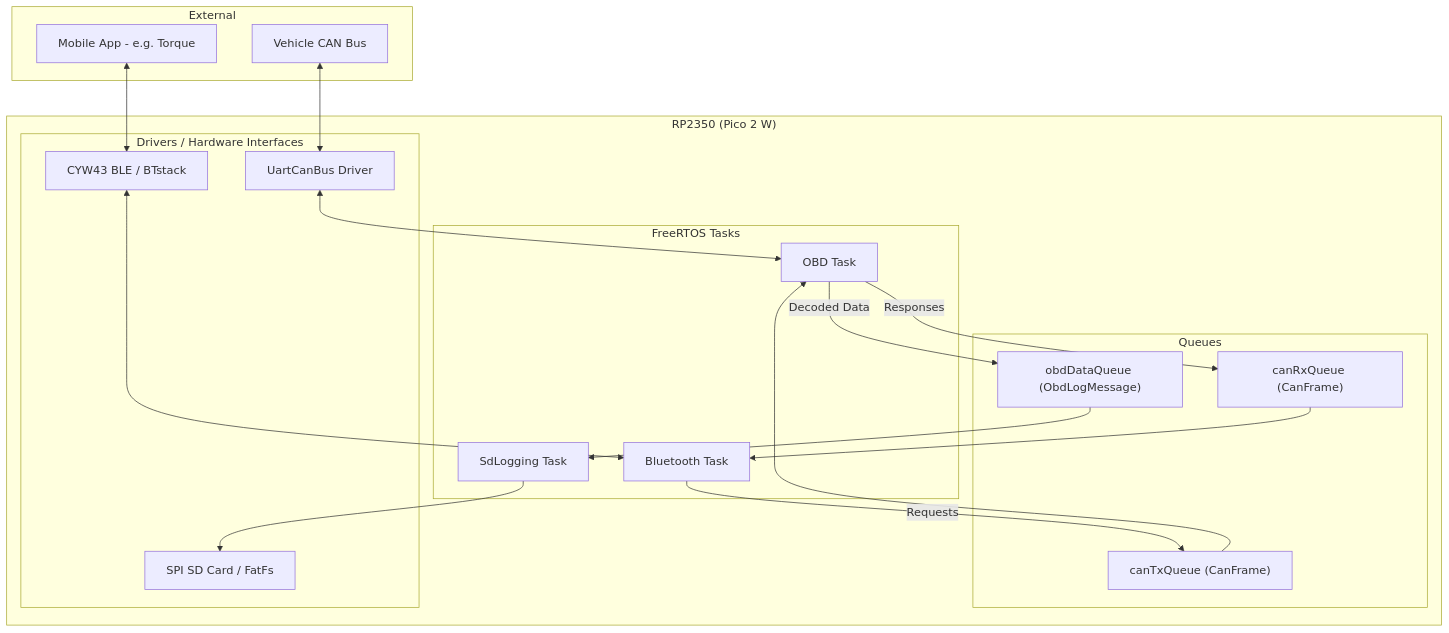
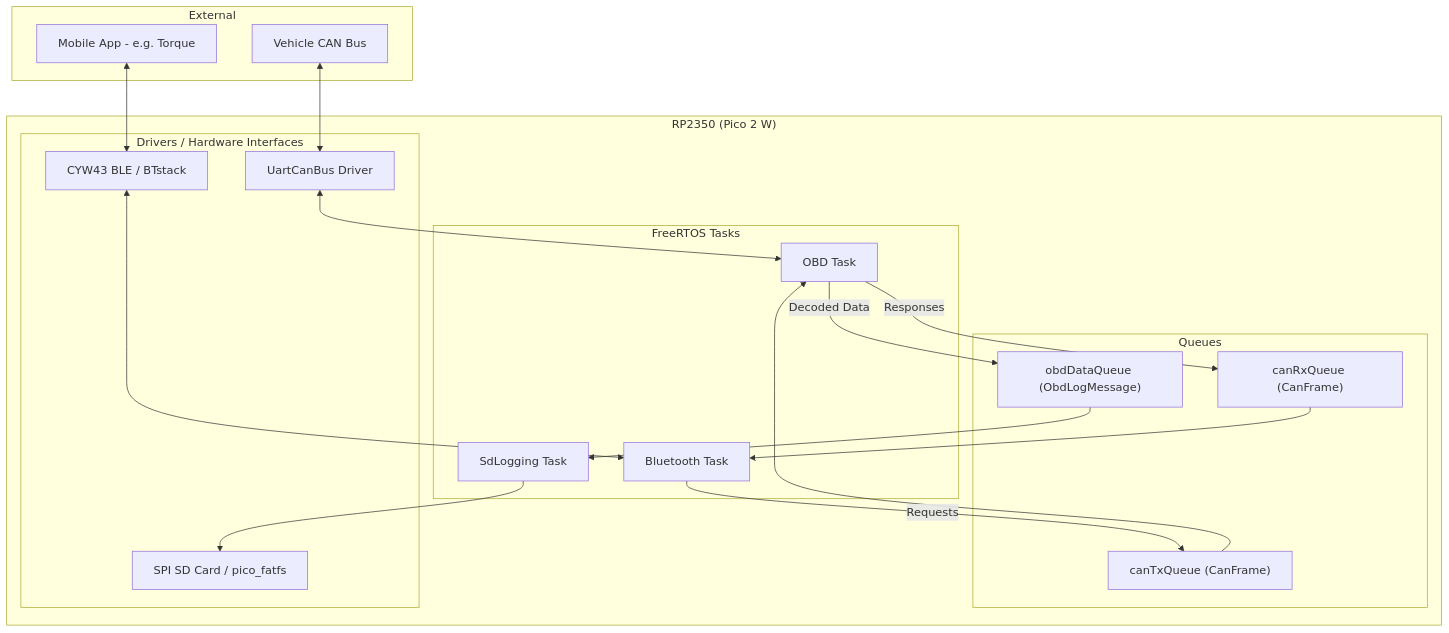
Before and after one commit to telemc97/obdvg: the diagram in README.md, drawn with Mermaid. The commit also changed other lines of this file and 11 other files, not shown here.

````diff
--- a/README.md
+++ b/README.md
@@ -28,47 +53,47 @@
 ```mermaid
 graph TD
     subgraph "External"
         V[Vehicle CAN Bus]
         A[Mobile App - e.g. Torque]
     end
 
     subgraph "RP2350 (Pico 2 W)"
         subgraph "FreeRTOS Tasks"
             OT[OBD Task]
             BT[Bluetooth Task]
             ST[SdLogging Task]
         end
 
         subgraph "Queues"
             TXQ["canTxQueue (CanFrame)"]
             RXQ["canRxQueue (CanFrame)"]
             LDQ["obdDataQueue (ObdLogMessage)"]
         end
 
         subgraph "Drivers / Hardware Interfaces"
             UCB[UartCanBus Driver]
             BTH[CYW43 BLE / BTstack]
-            SDF[SPI SD Card / FatFs]
+            SDF[SPI SD Card / pico_fatfs]
         end
     end
 
     %% CAN Data Flow
     V <--> UCB
     UCB <--> OT
-
+    
     %% Bluetooth Flow
     A <--> BTH
     BTH <--> BT
-
+    
     %% Task Communication via Queues
     BT -- "Requests" --> TXQ
     TXQ --> OT
-
+    
     OT -- "Responses" --> RXQ
     RXQ --> BT
 
     %% Logging Flow
     OT -- "Decoded Data" --> LDQ
     LDQ --> ST
     ST --> SDF
 ```
````
